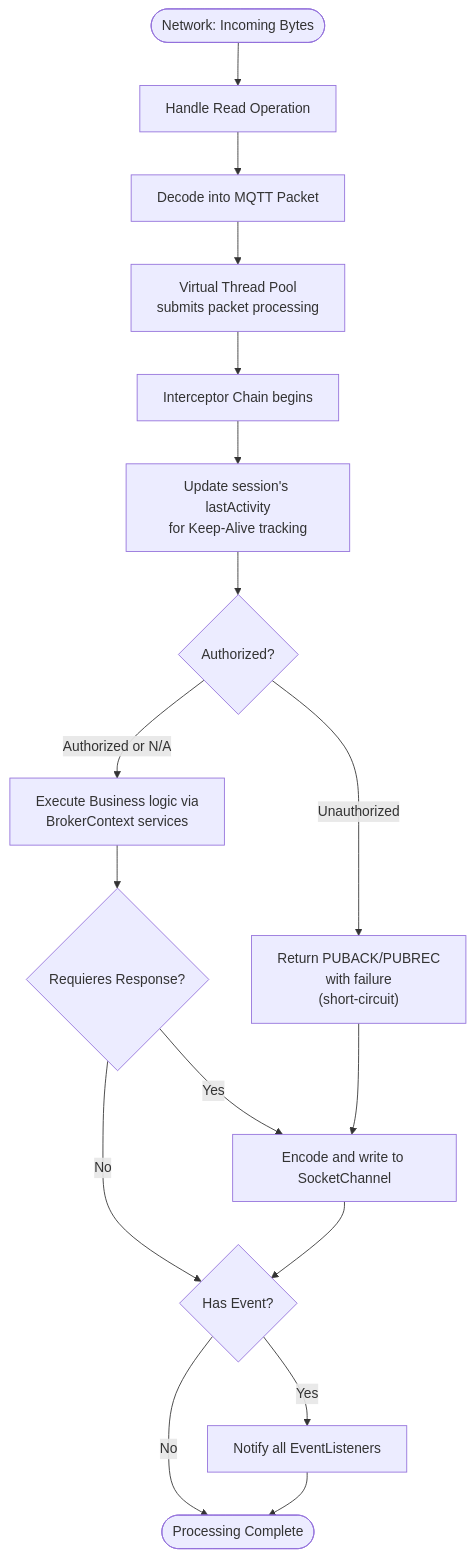
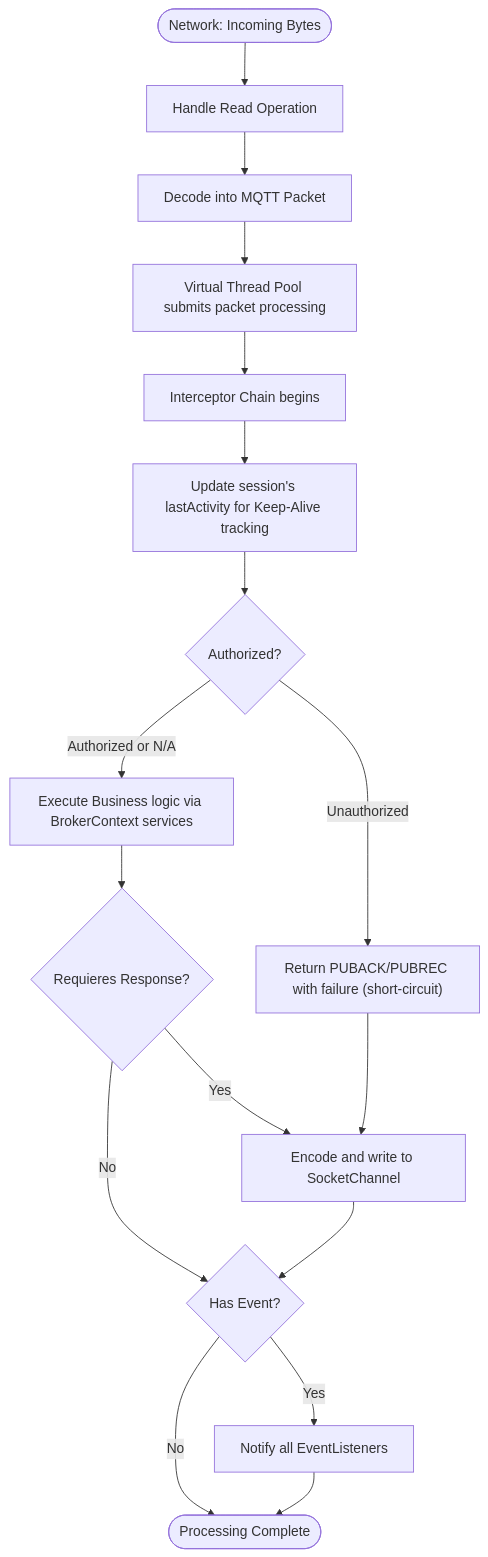
One commit to karolbystrek/mqtt-broker changed diagram 14 of 15 in README.md. Above: the diagram before and after it, drawn with Mermaid. The commit also changed other lines of this file, not shown here.

Commit message:
formatting for activity diagram

````diff
--- a/README.md
+++ b/README.md
@@ -1209,36 +1209,36 @@
 ```mermaid
 graph TD
     
     Start([Network: Incoming Bytes]) --> Read["Handle Read Operation"]
     
     Read --> Decode["Decode into MQTT Packet"]
     
-    Decode --> Submit["Virtual Thread Pool<br/>submits packet processing"]
+    Decode --> Submit["Virtual Thread Pool submits packet processing"]
     
     Submit --> PipelineStart["Interceptor Chain begins"]
     
-    PipelineStart --> Activity["Update session's lastActivity<br/>for Keep-Alive tracking"]
+    PipelineStart --> Activity["Update session's lastActivity for Keep-Alive tracking"]
     
     Activity --> AuthCheck{"Authorized?"}
     
-    AuthCheck -->|Unauthorized| AuthDeny["Return PUBACK/PUBREC<br/>with failure<br/>(short-circuit)"]
+    AuthCheck -->|Unauthorized| AuthDeny["Return PUBACK/PUBREC with failure (short-circuit)"]
 
     
-    AuthCheck -->|Authorized or N/A| Handler["Execute Business logic via<br/>BrokerContext services"]
+    AuthCheck -->|Authorized or N/A| Handler["Execute Business logic via BrokerContext services"]
     
     Handler --> ResultCheck{"Requieres Response?"}
     
     ResultCheck -->|Yes| Response["Encode and write to SocketChannel"]
     ResultCheck -->|No| EventCheck
     
     Response --> EventCheck{"Has Event?"}
     
     EventCheck -->|Yes| Event["Notify all EventListeners"]
     EventCheck -->|No| End
     
    
     
     AuthDeny --> Response
     Event --> End([Processing Complete])
     
 ```
````
